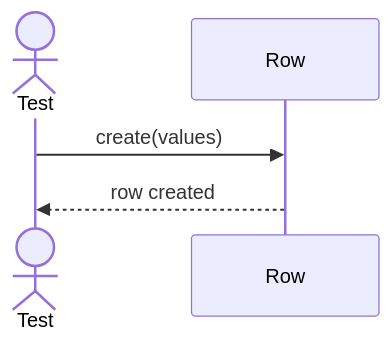
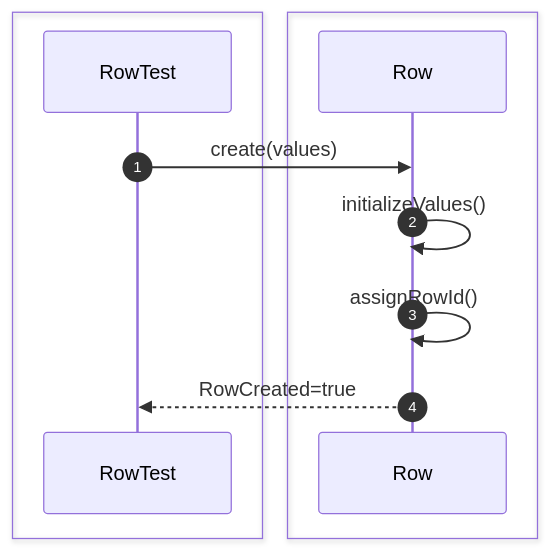
Before and after one commit to Huy1801214/dbms-architecture: diagram 14 of 42 in src/sequence/db-object.md, drawn with Mermaid. The commit also changed other lines of this file, not shown here.

Commit message:
add sequence diagrams for database object unit tests

````diff
--- a/src/sequence/db-object.md
+++ b/src/sequence/db-object.md
@@ -162,8 +301,18 @@
 ```mermaid
 sequenceDiagram
-    actor Test
-    participant Row
+    autonumber
+    box #e1f5fe Test Suite
+    participant Test as RowTest
+    end
+    box #e8f5e9 Database Objects
+    participant Row as Row
+    end
 
     Test->>Row: create(values)
-    Row-->>Test: row created
+
+    Row->>Row: initializeValues()
+
+    Row->>Row: assignRowId()
+
+    Row-->>Test: RowCreated=true
 ```
````
